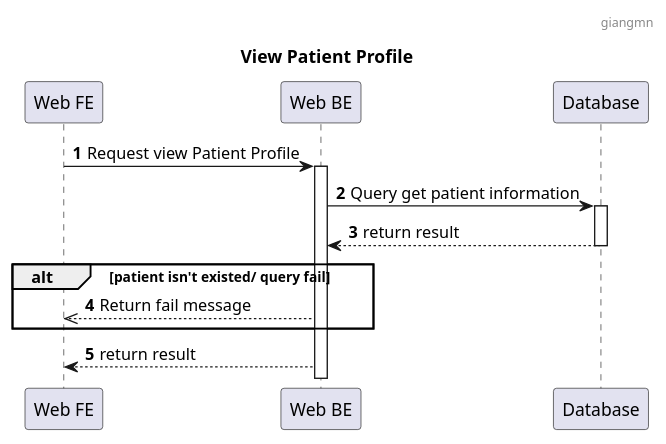
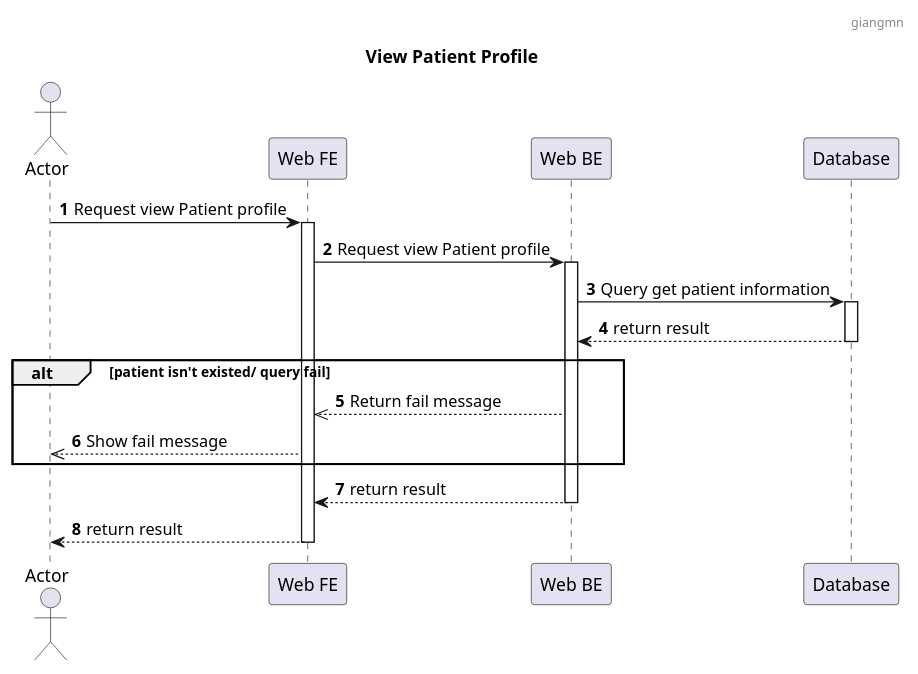
One commit to jang1902/SEP490_Sequence changed the diagram in Patient/Patient Profile.puml. Above: the diagram before and after it, drawn with PlantUML. The commit also changed 12 other files, not shown here.

```diff
--- a/Patient/Patient Profile.puml
+++ b/Patient/Patient Profile.puml
@@ -1,21 +1,27 @@
 @startuml
 header : giangmn
 title: View Patient Profile
 autonumber
 
+actor "Actor" as a
 participant "Web FE" as fe
 participant "Web BE" as be
 participant "Database" as db
 
-fe -> be: Request view Patient Profile
+a->fe: Request view Patient profile
+fe++
+fe -> be: Request view Patient profile
 be++
 be -> db: Query get patient information
 db++
 db --> be: return result
 db--
 alt patient isn't existed/ query fail
 be -->> fe: Return fail message
+fe -->> a: Show fail message
 end
-
 be--> fe: return result
+be--
+fe--> a: return result
+fe--
 @enduml
```
